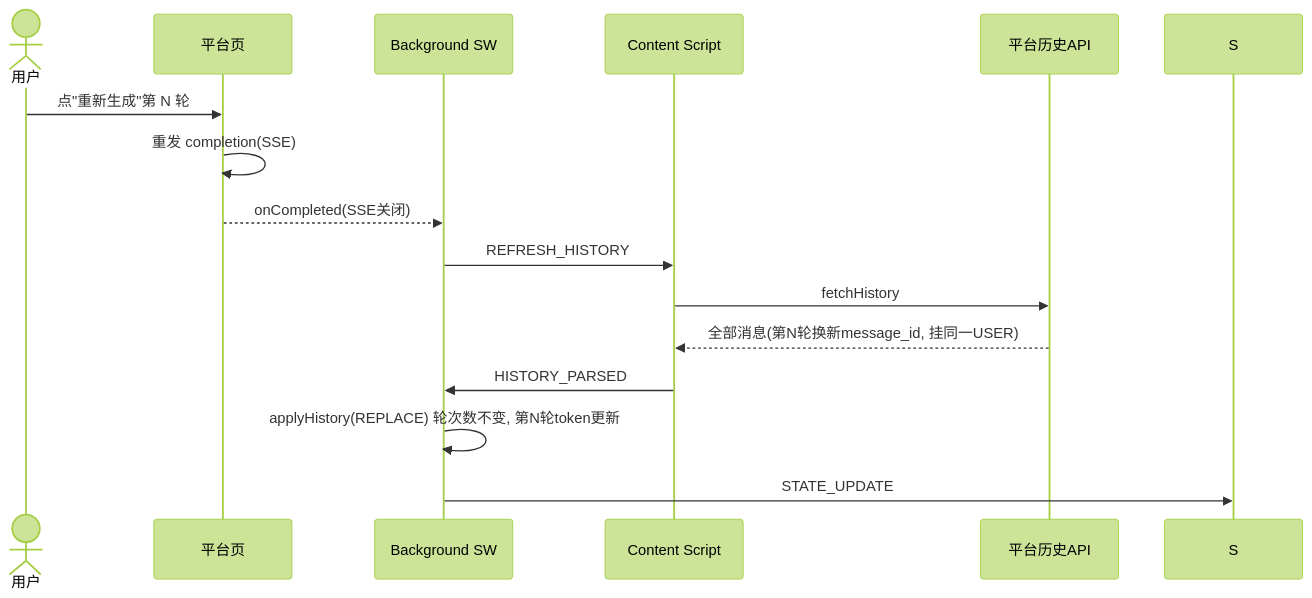
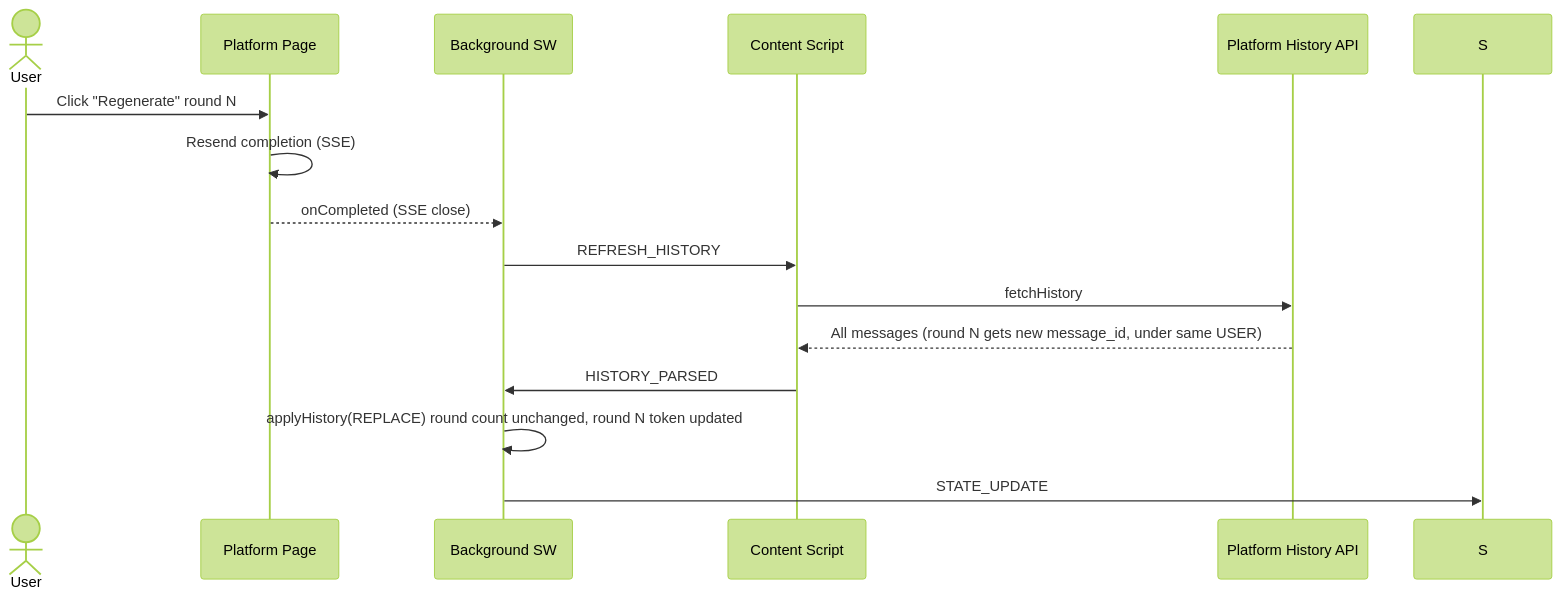
The sixth of 6 diagrams in specs/001-headroom-core.md (ZM-BAD/headroom), drawn with Mermaid (forest theme) before and after one commit. The commit also changed other lines of this file and 6 other files, not shown here.

````diff
--- a/specs/001-headroom-core.md
+++ b/specs/001-headroom-core.md
@@ -307,17 +311,17 @@
 ```mermaid
 sequenceDiagram
-    actor U as 用户
-    participant P as 平台页
+    actor U as User
+    participant P as Platform Page
     participant B as Background SW
     participant C as Content Script
-    participant H as 平台历史API
-    U->>P: 点"重新生成"第 N 轮
-    P->>P: 重发 completion(SSE)
-    P-->>B: onCompleted(SSE关闭)
+    participant H as Platform History API
+    U->>P: Click "Regenerate" round N
+    P->>P: Resend completion (SSE)
+    P-->>B: onCompleted (SSE close)
     B->>C: REFRESH_HISTORY
     C->>H: fetchHistory
-    H-->>C: 全部消息(第N轮换新message_id, 挂同一USER)
+    H-->>C: All messages (round N gets new message_id, under same USER)
     C->>B: HISTORY_PARSED
-    B->>B: applyHistory(REPLACE) 轮次数不变, 第N轮token更新
+    B->>B: applyHistory(REPLACE) round count unchanged, round N token updated
     B->>S: STATE_UPDATE
 ```
````
